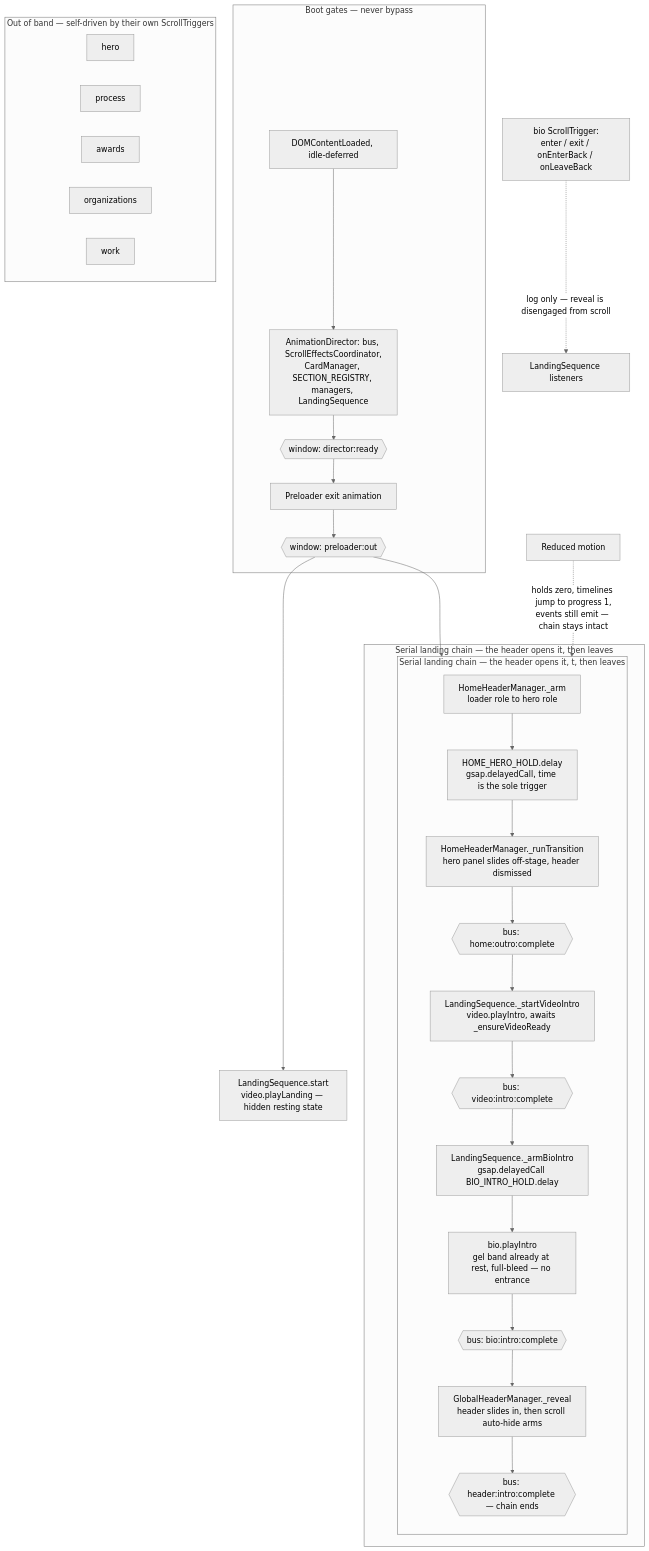
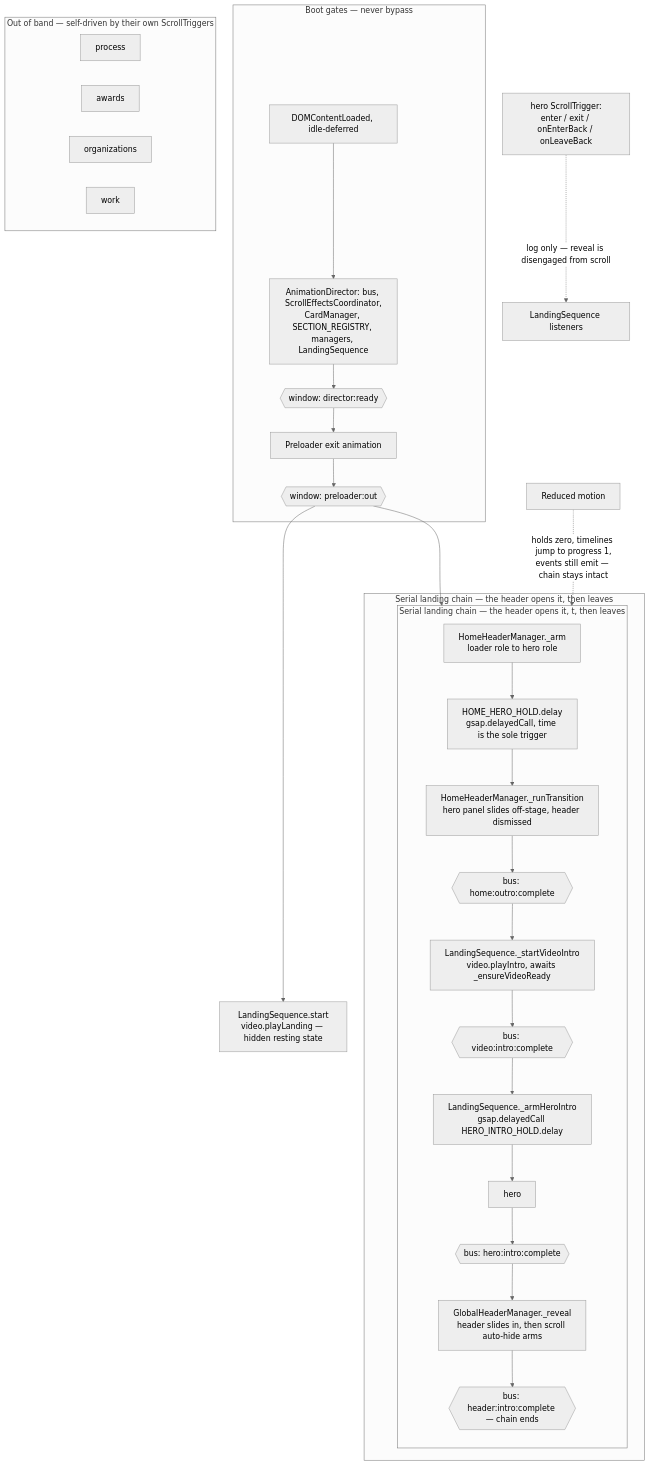
The diagram in js/choreography/templates/landing/LandingSequence.md (datainkio/portfolio-frontend), drawn with Mermaid (neutral theme) before and after one commit. The commit also changed other lines of this file and 77 other files, not shown here.

First line of the commit message:
refactor(choreography): rename Bio section to Hero

````diff
--- a/js/choreography/templates/landing/LandingSequence.md
+++ b/js/choreography/templates/landing/LandingSequence.md
@@ -35,44 +35,44 @@
 ```mermaid
 ---
 id: 203d9974-a23a-483a-8c76-d8d3354cd124
 ---
 flowchart TD
     subgraph boot["Boot gates — never bypass"]
         DCL["DOMContentLoaded, idle-deferred"] --> AD["AnimationDirector: bus, ScrollEffectsCoordinator,<br/>CardManager, SECTION_REGISTRY, managers, LandingSequence"]
         AD --> DR{{"window: director:ready"}}
         DR --> PRE["Preloader exit animation"]
         PRE --> PO{{"window: preloader:out"}}
     end
 
     PO --> LS["LandingSequence.start<br/>video.playLanding — hidden resting state"]
     PO --> ARM["HomeHeaderManager._arm<br/>loader role to hero role"]
 
     subgraph chain["Serial landing chain — the header opens it, then leaves"]
         subgraph chain_inner["Serial landing chain — the header opens it, t, then leaves"]
             direction TB
             ARM --> HOLD["HOME_HERO_HOLD.delay<br/>gsap.delayedCall, time is the sole trigger"]
             HOLD --> DECON["HomeHeaderManager._runTransition<br/>hero panel slides off-stage, header dismissed"]
             DECON --> HOC{{"bus: home:outro:complete"}}
             HOC --> VID["LandingSequence._startVideoIntro<br/>video.playIntro, awaits _ensureVideoReady"]
             VID --> VIC{{"bus: video:intro:complete"}}
-            VIC --> BEAT["LandingSequence._armBioIntro<br/>gsap.delayedCall BIO_INTRO_HOLD.delay"]
-            BEAT --> BIO["bio.playIntro<br/>gel band already at rest, full-bleed — no entrance"]
-            BIO --> BIC{{"bus: bio:intro:complete"}}
+            VIC --> BEAT["LandingSequence._armHeroIntro<br/>gsap.delayedCall HERO_INTRO_HOLD.delay"]
+            BEAT --> HERO["hero.playIntro<br/>gel band already at rest, full-bleed — no entrance"]
+            HERO --> BIC{{"bus: hero:intro:complete"}}
             BIC --> HDR["GlobalHeaderManager._reveal<br/>header slides in, then scroll auto-hide arms"]
             HDR --> HIC{{"bus: header:intro:complete — chain ends"}}
         end
     end
 
     subgraph scroll["Out of band — self-driven by their own ScrollTriggers"]
         direction LR
         HERO["hero"]
         PROC["process"]
         AWARDS["awards"]
         ORGS["organizations"]
         WORK["work"]
     end
 
-    BIOST["bio ScrollTrigger:<br/>enter / exit / onEnterBack / onLeaveBack"] -.->|"log only — reveal is disengaged from scroll"| LSOBS["LandingSequence listeners"]
+    HEROST["hero ScrollTrigger:<br/>enter / exit / onEnterBack / onLeaveBack"] -.->|"log only — reveal is disengaged from scroll"| LSOBS["LandingSequence listeners"]
 
     RM["Reduced motion"] -.->|"holds zero, timelines jump to progress 1,<br/>events still emit — chain stays intact"| chain_inner
 ```
````
